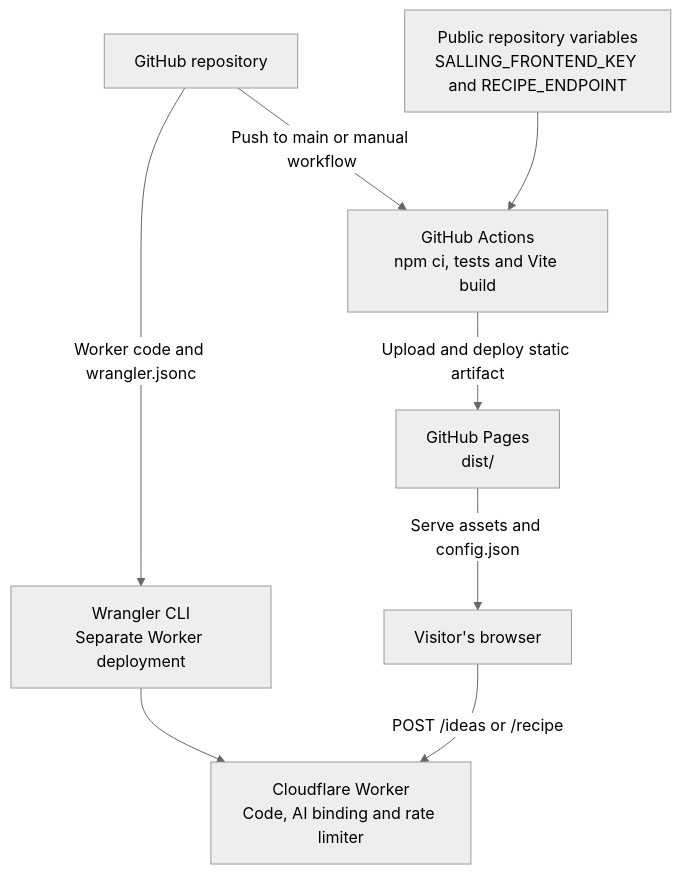
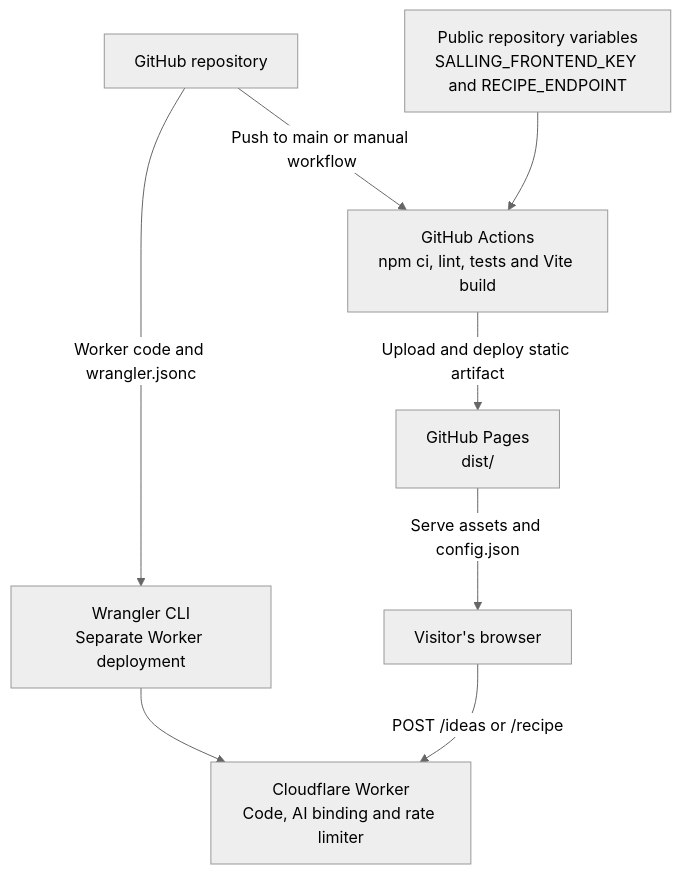
One commit to HuayuanSong/naermad changed the diagram in docs/architecture.md. Above: the diagram before and after it, drawn with Mermaid (neutral theme). The commit also changed other lines of this file and 21 other files, not shown here.

````diff
--- a/docs/architecture.md
+++ b/docs/architecture.md
@@ -81,18 +81,18 @@
 ```mermaid
 flowchart TB
     repo["GitHub repository"]
     vars["Public repository variables<br/>SALLING_FRONTEND_KEY and RECIPE_ENDPOINT"]
-    actions["GitHub Actions<br/>npm ci, tests and Vite build"]
+    actions["GitHub Actions<br/>npm ci, lint, tests and Vite build"]
     pages["GitHub Pages<br/>dist/"]
     browser["Visitor's browser"]
     cli["Wrangler CLI<br/>Separate Worker deployment"]
     worker["Cloudflare Worker<br/>Code, AI binding and rate limiter"]
 
     repo -->|"Push to main or manual workflow"| actions
     vars --> actions
     actions -->|"Upload and deploy static artifact"| pages
     pages -->|"Serve assets and config.json"| browser
     repo -->|"Worker code and wrangler.jsonc"| cli
     cli --> worker
     browser -->|"POST /ideas or /recipe"| worker
 ```
````
